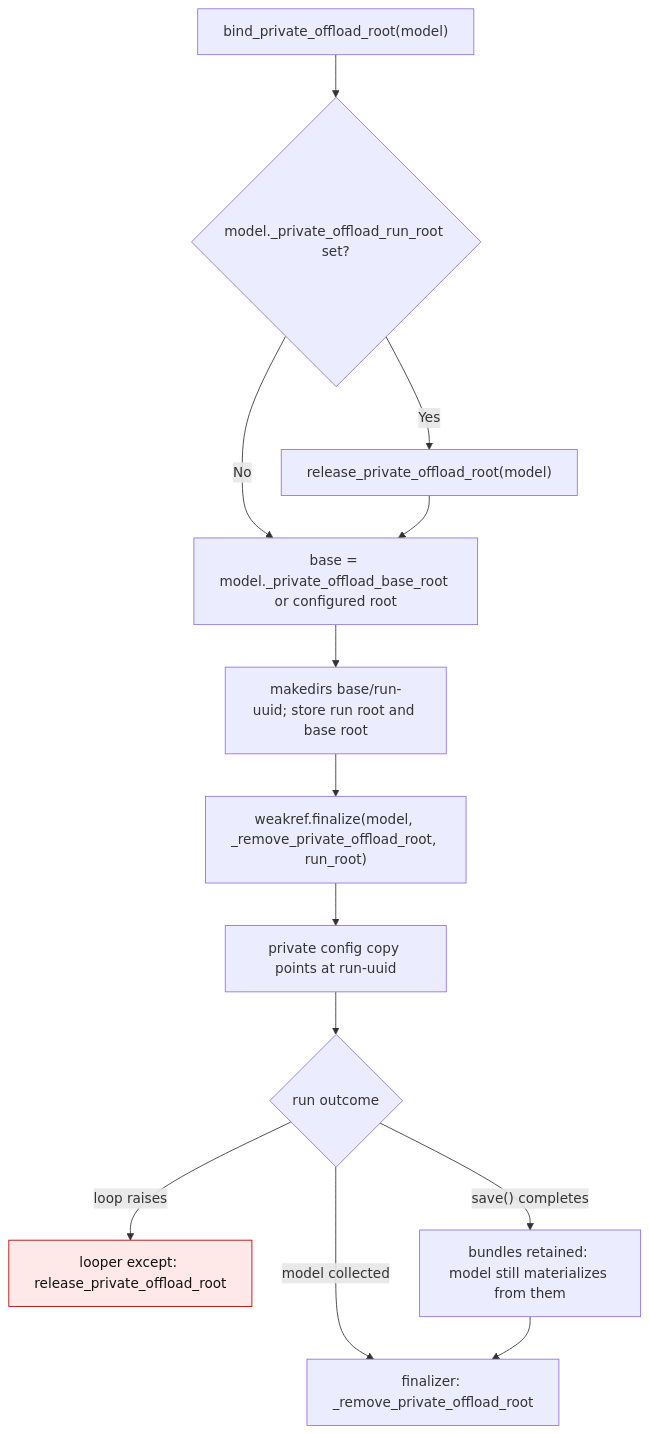
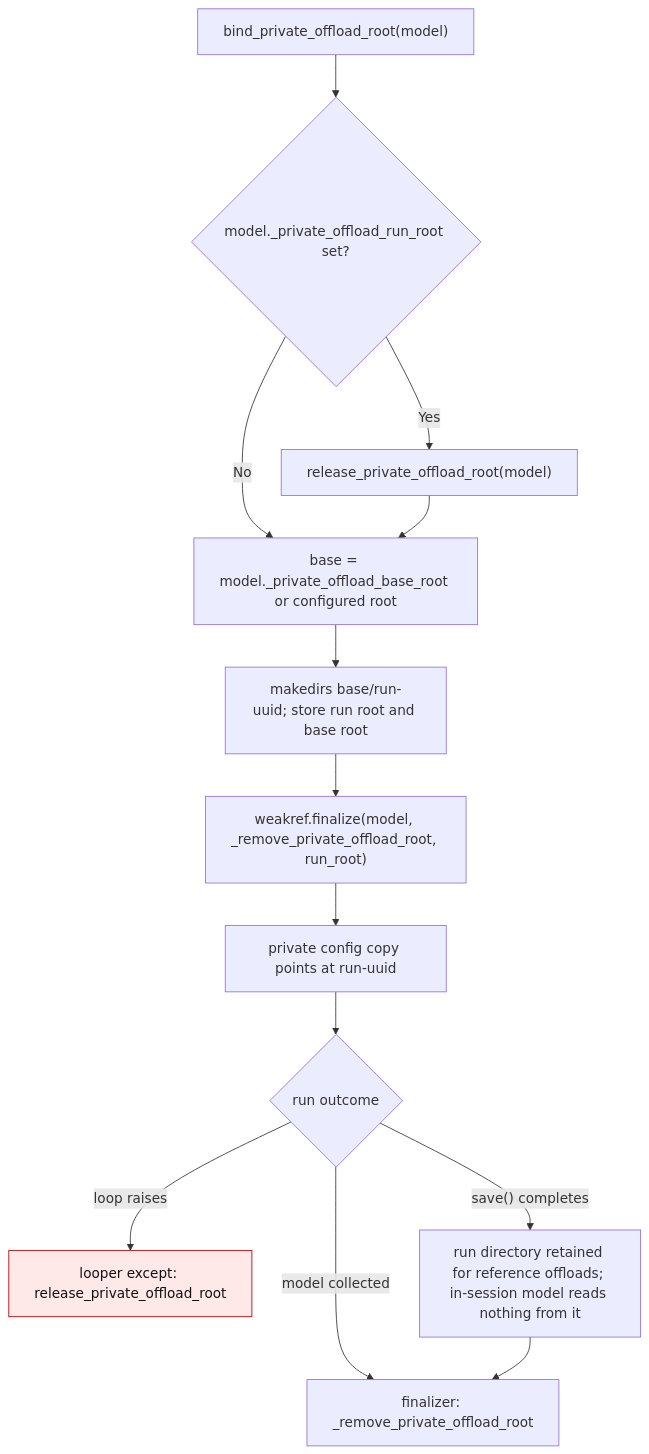
The second of 2 diagrams in docs/offload-run-directories.md (ModelCloud/GPTQModel), drawn with Mermaid before and after one commit. The commit also changed other lines of this file and 8 other files, not shown here.

````diff
--- a/docs/offload-run-directories.md
+++ b/docs/offload-run-directories.md
@@ -34,17 +37,17 @@
 ```mermaid
 flowchart TD
     A["bind_private_offload_root(model)"] --> B{"model._private_offload_run_root set?"}
     B -- Yes --> C["release_private_offload_root(model)"]
     B -- No --> D["base = model._private_offload_base_root or configured root"]
     C --> D
     D --> E["makedirs base/run-uuid; store run root and base root"]
     E --> F["weakref.finalize(model, _remove_private_offload_root, run_root)"]
     F --> G["private config copy points at run-uuid"]
     G --> H{"run outcome"}
     H -- "loop raises" --> I["looper except: release_private_offload_root"]
-    H -- "save() completes" --> K["bundles retained: model still materializes from them"]
+    H -- "save() completes" --> K["run directory retained for reference offloads; in-session model reads nothing from it"]
     H -- "model collected" --> L["finalizer: _remove_private_offload_root"]
     K --> L
     classDef failure fill:#ffe8e8,stroke:#b30000,color:#111;
     class I failure;
 ```
````
